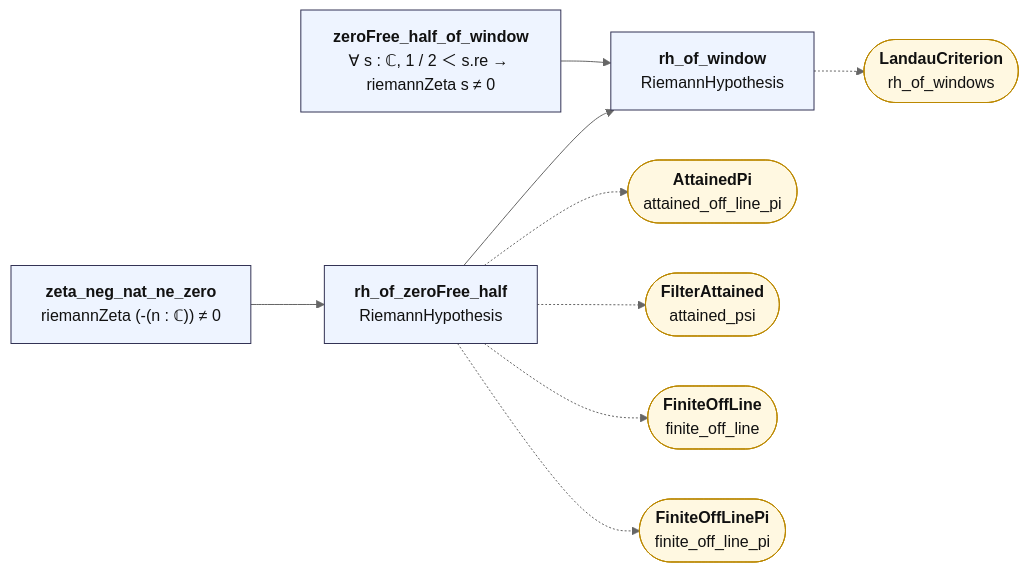
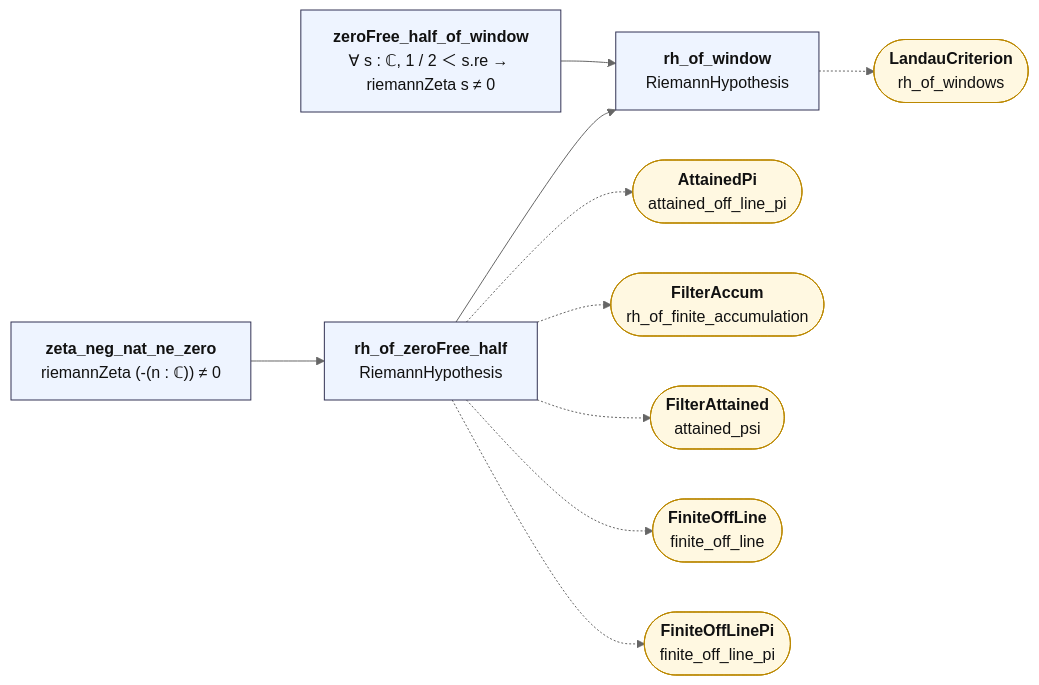
Before and after one commit to juliansambranojr/Primebeat_081426: the diagram in map/lean_stage3/LandauWindow.mmd, drawn with Mermaid (neutral theme). The commit also changed 33 other files, not shown here.

```diff
--- a/map/lean_stage3/LandauWindow.mmd
+++ b/map/lean_stage3/LandauWindow.mmd
@@ -1,26 +1,28 @@
 flowchart LR
   n0["<b>zeta_neg_nat_ne_zero</b><br/>riemannZeta (-(n : ℂ)) ≠ 0"]:::thm
   n1["<b>rh_of_zeroFree_half</b><br/>RiemannHypothesis"]:::thm
   n2["<b>zeroFree_half_of_window</b><br/>∀ s : ℂ, 1 / 2 ＜ s.re → riemannZeta s ≠ 0"]:::thm
   n3["<b>rh_of_window</b><br/>RiemannHypothesis"]:::thm
   x0(["<b>AttainedPi</b><br/>attained_off_line_pi"]):::ext
-  x1(["<b>FilterAttained</b><br/>attained_psi"]):::ext
-  x2(["<b>FiniteOffLine</b><br/>finite_off_line"]):::ext
-  x3(["<b>FiniteOffLinePi</b><br/>finite_off_line_pi"]):::ext
-  x4(["<b>LandauCriterion</b><br/>rh_of_windows"]):::ext
+  x1(["<b>FilterAccum</b><br/>rh_of_finite_accumulation"]):::ext
+  x2(["<b>FilterAttained</b><br/>attained_psi"]):::ext
+  x3(["<b>FiniteOffLine</b><br/>finite_off_line"]):::ext
+  x4(["<b>FiniteOffLinePi</b><br/>finite_off_line_pi"]):::ext
+  x5(["<b>LandauCriterion</b><br/>rh_of_windows"]):::ext
   n0 --> n1
   n1 --> n3
   n2 --> n3
   n1 -.-> x0
   n1 -.-> x1
   n1 -.-> x2
   n1 -.-> x3
-  n3 -.-> x4
+  n1 -.-> x4
+  n3 -.-> x5
   classDef cnt fill:#dff5ec,stroke:#17694a,color:#111
   classDef shp fill:#f1ecfb,stroke:#5b3fa0,color:#111
   classDef rh fill:#ffe5e5,stroke:#c22,color:#111,stroke-width:2px
   classDef thm fill:#eef4ff,stroke:#335,color:#111
   classDef end_ fill:#e7f7e7,stroke:#2a7,color:#111,stroke-width:2px
   classDef lone fill:#fff,stroke:#999,color:#111,stroke-dasharray:4 3
   classDef bad fill:#ffe5e5,stroke:#c22,color:#111,stroke-width:2px
   classDef ext fill:#fff8e1,stroke:#b80,color:#111
```
